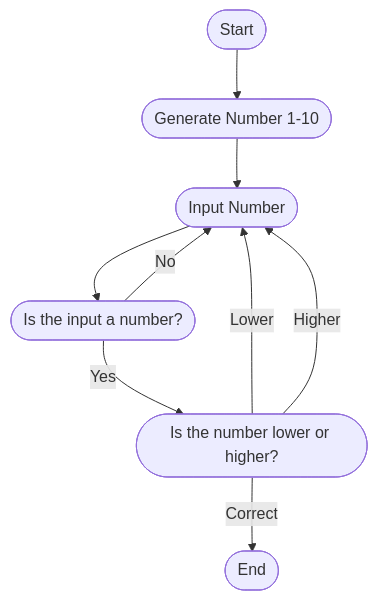
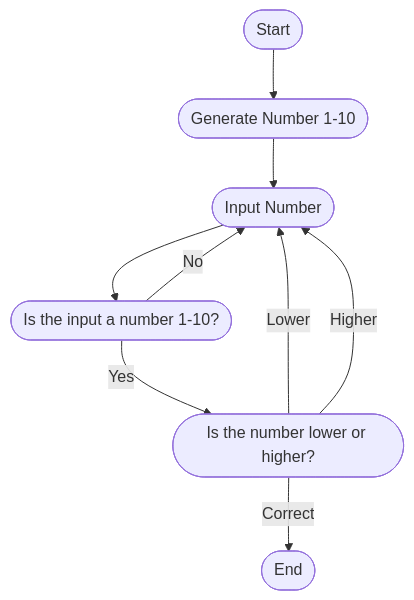
Before and after one commit to Wil134/Wil134.github.io: the diagram in Guessing.md, drawn with Mermaid. The commit also changed other lines of this file, not shown here.

````diff
--- a/Guessing.md
+++ b/Guessing.md
@@ -2,11 +2,11 @@
 ```mermaid
 flowchart TD;
 A([Start]) --> B([Generate Number 1-10])
 B --> C([Input Number])
-C --> D([Is the input a number?])
+C --> D([Is the input a number 1-10?])
 D -- No --> C
 D -- Yes --> E([Is the number lower or higher?])
 E -- Lower --> C
 E -- Higher --> C
 E -- Correct --> F([End])
 ```
````
